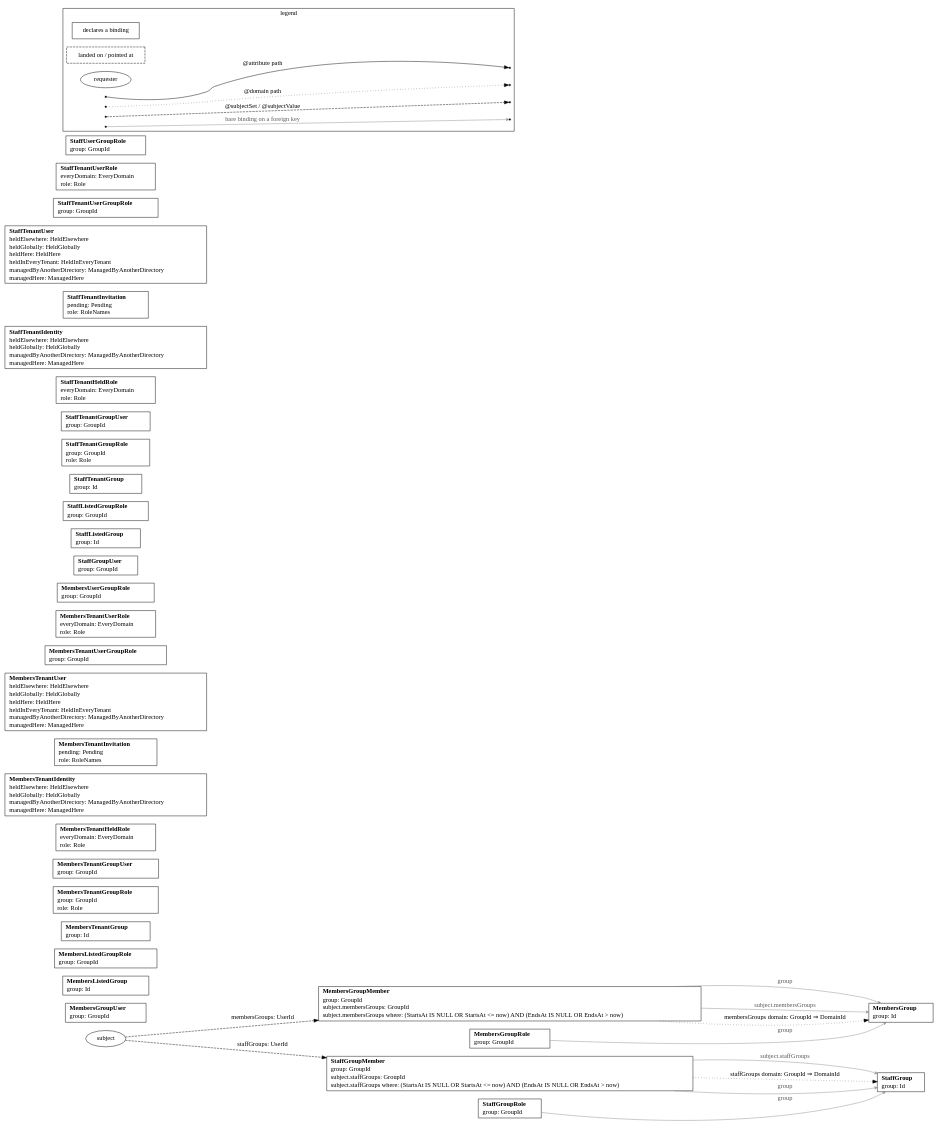
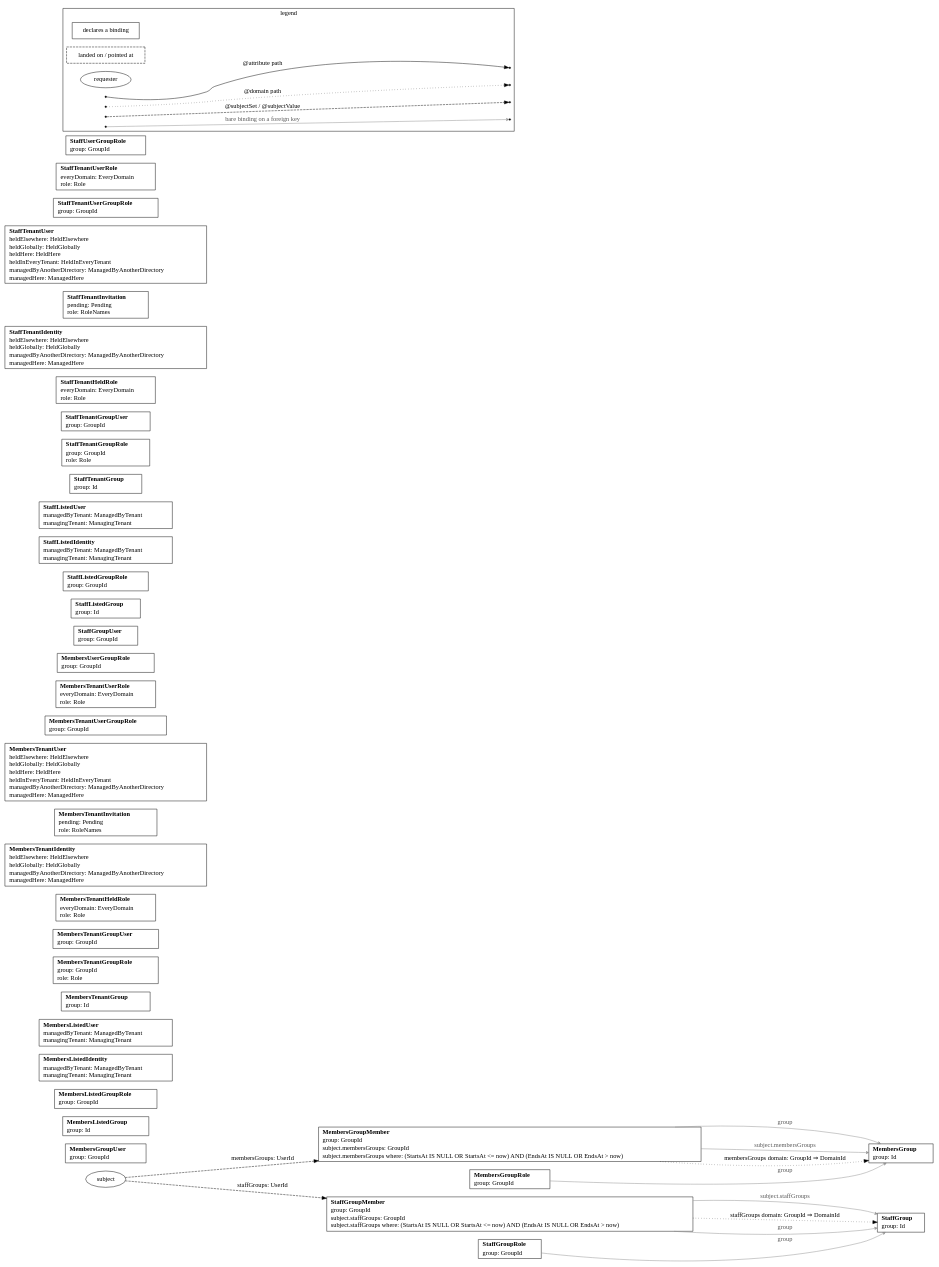
The diagram in cmd/impulse/internal/skeleton/_candidates/outlets/pkg/resources/zz_gen_bindings.dot (impulseframework/impulse), drawn with Graphviz before and after one commit. The commit also changed 106 other files, not shown here.

```diff
--- a/cmd/impulse/internal/skeleton/_candidates/outlets/pkg/resources/zz_gen_bindings.dot
+++ b/cmd/impulse/internal/skeleton/_candidates/outlets/pkg/resources/zz_gen_bindings.dot
@@ -1,83 +1,87 @@
 // Code generated by resourcegeneration. DO NOT EDIT.
 // Bindings: every attribute and subject binding this package declares. A box per
 // declaring resource lists its bare bindings as `name: column`; dashed boxes are
 // the tables a path lands on or a foreign key points at; the subject ellipse is
 // the requester, entering each anchor once with every name it yields there. One
 // edge per hop, drawn once however many paths share it: solid for @attribute,
 // dotted for @domain, dashed for a subject binding, labeled `name: column` on a
 // continuing hop and `name: column ⇒ column` where the path terminates; a thin
 // gray edge points a bare binding on a foreign key at its table. Facts only: no
 // grant or condition is drawn.
 // A subject set that writes a who: or a where: part lists each under the set, in
 // the columns' names: who: says which rows are the requester's, where: which of
 // those rows count. A set that builds on another is a dashed edge from the
 // resource declaring that other set, labeled `name: column IN subject.other`.
 // A subject set that writes a domain: part says where its rows' tenant is found,
 // and in a request with a tenant the set holds that tenant's rows alone. The path
 // is drawn dotted, as @domain's is, under the set's name: `name domain: column` on
 // a continuing hop and `name domain: column ⇒ column` where it reads the tenant.
 digraph Bindings {
 	rankdir=LR;
 	node [shape=box];
 	"MembersGroup" [label=<<table border="0" cellborder="0" cellspacing="0" cellpadding="1"><tr><td align="left"><b>MembersGroup</b></td></tr><tr><td align="left">group: Id</td></tr></table>>];
 	"MembersGroupMember" [label=<<table border="0" cellborder="0" cellspacing="0" cellpadding="1"><tr><td align="left"><b>MembersGroupMember</b></td></tr><tr><td align="left">group: GroupId</td></tr><tr><td align="left">subject.membersGroups: GroupId</td></tr><tr><td align="left">subject.membersGroups where: (StartsAt IS NULL OR StartsAt &lt;= now) AND (EndsAt IS NULL OR EndsAt &gt; now)</td></tr></table>>];
 	"MembersGroupRole" [label=<<table border="0" cellborder="0" cellspacing="0" cellpadding="1"><tr><td align="left"><b>MembersGroupRole</b></td></tr><tr><td align="left">group: GroupId</td></tr></table>>];
 	"MembersGroupUser" [label=<<table border="0" cellborder="0" cellspacing="0" cellpadding="1"><tr><td align="left"><b>MembersGroupUser</b></td></tr><tr><td align="left">group: GroupId</td></tr></table>>];
 	"MembersListedGroup" [label=<<table border="0" cellborder="0" cellspacing="0" cellpadding="1"><tr><td align="left"><b>MembersListedGroup</b></td></tr><tr><td align="left">group: Id</td></tr></table>>];
 	"MembersListedGroupRole" [label=<<table border="0" cellborder="0" cellspacing="0" cellpadding="1"><tr><td align="left"><b>MembersListedGroupRole</b></td></tr><tr><td align="left">group: GroupId</td></tr></table>>];
+	"MembersListedIdentity" [label=<<table border="0" cellborder="0" cellspacing="0" cellpadding="1"><tr><td align="left"><b>MembersListedIdentity</b></td></tr><tr><td align="left">managedByTenant: ManagedByTenant</td></tr><tr><td align="left">managingTenant: ManagingTenant</td></tr></table>>];
+	"MembersListedUser" [label=<<table border="0" cellborder="0" cellspacing="0" cellpadding="1"><tr><td align="left"><b>MembersListedUser</b></td></tr><tr><td align="left">managedByTenant: ManagedByTenant</td></tr><tr><td align="left">managingTenant: ManagingTenant</td></tr></table>>];
 	"MembersTenantGroup" [label=<<table border="0" cellborder="0" cellspacing="0" cellpadding="1"><tr><td align="left"><b>MembersTenantGroup</b></td></tr><tr><td align="left">group: Id</td></tr></table>>];
 	"MembersTenantGroupRole" [label=<<table border="0" cellborder="0" cellspacing="0" cellpadding="1"><tr><td align="left"><b>MembersTenantGroupRole</b></td></tr><tr><td align="left">group: GroupId</td></tr><tr><td align="left">role: Role</td></tr></table>>];
 	"MembersTenantGroupUser" [label=<<table border="0" cellborder="0" cellspacing="0" cellpadding="1"><tr><td align="left"><b>MembersTenantGroupUser</b></td></tr><tr><td align="left">group: GroupId</td></tr></table>>];
 	"MembersTenantHeldRole" [label=<<table border="0" cellborder="0" cellspacing="0" cellpadding="1"><tr><td align="left"><b>MembersTenantHeldRole</b></td></tr><tr><td align="left">everyDomain: EveryDomain</td></tr><tr><td align="left">role: Role</td></tr></table>>];
 	"MembersTenantIdentity" [label=<<table border="0" cellborder="0" cellspacing="0" cellpadding="1"><tr><td align="left"><b>MembersTenantIdentity</b></td></tr><tr><td align="left">heldElsewhere: HeldElsewhere</td></tr><tr><td align="left">heldGlobally: HeldGlobally</td></tr><tr><td align="left">managedByAnotherDirectory: ManagedByAnotherDirectory</td></tr><tr><td align="left">managedHere: ManagedHere</td></tr></table>>];
 	"MembersTenantInvitation" [label=<<table border="0" cellborder="0" cellspacing="0" cellpadding="1"><tr><td align="left"><b>MembersTenantInvitation</b></td></tr><tr><td align="left">pending: Pending</td></tr><tr><td align="left">role: RoleNames</td></tr></table>>];
 	"MembersTenantUser" [label=<<table border="0" cellborder="0" cellspacing="0" cellpadding="1"><tr><td align="left"><b>MembersTenantUser</b></td></tr><tr><td align="left">heldElsewhere: HeldElsewhere</td></tr><tr><td align="left">heldGlobally: HeldGlobally</td></tr><tr><td align="left">heldHere: HeldHere</td></tr><tr><td align="left">heldInEveryTenant: HeldInEveryTenant</td></tr><tr><td align="left">managedByAnotherDirectory: ManagedByAnotherDirectory</td></tr><tr><td align="left">managedHere: ManagedHere</td></tr></table>>];
 	"MembersTenantUserGroupRole" [label=<<table border="0" cellborder="0" cellspacing="0" cellpadding="1"><tr><td align="left"><b>MembersTenantUserGroupRole</b></td></tr><tr><td align="left">group: GroupId</td></tr></table>>];
 	"MembersTenantUserRole" [label=<<table border="0" cellborder="0" cellspacing="0" cellpadding="1"><tr><td align="left"><b>MembersTenantUserRole</b></td></tr><tr><td align="left">everyDomain: EveryDomain</td></tr><tr><td align="left">role: Role</td></tr></table>>];
 	"MembersUserGroupRole" [label=<<table border="0" cellborder="0" cellspacing="0" cellpadding="1"><tr><td align="left"><b>MembersUserGroupRole</b></td></tr><tr><td align="left">group: GroupId</td></tr></table>>];
 	"StaffGroup" [label=<<table border="0" cellborder="0" cellspacing="0" cellpadding="1"><tr><td align="left"><b>StaffGroup</b></td></tr><tr><td align="left">group: Id</td></tr></table>>];
 	"StaffGroupMember" [label=<<table border="0" cellborder="0" cellspacing="0" cellpadding="1"><tr><td align="left"><b>StaffGroupMember</b></td></tr><tr><td align="left">group: GroupId</td></tr><tr><td align="left">subject.staffGroups: GroupId</td></tr><tr><td align="left">subject.staffGroups where: (StartsAt IS NULL OR StartsAt &lt;= now) AND (EndsAt IS NULL OR EndsAt &gt; now)</td></tr></table>>];
 	"StaffGroupRole" [label=<<table border="0" cellborder="0" cellspacing="0" cellpadding="1"><tr><td align="left"><b>StaffGroupRole</b></td></tr><tr><td align="left">group: GroupId</td></tr></table>>];
 	"StaffGroupUser" [label=<<table border="0" cellborder="0" cellspacing="0" cellpadding="1"><tr><td align="left"><b>StaffGroupUser</b></td></tr><tr><td align="left">group: GroupId</td></tr></table>>];
 	"StaffListedGroup" [label=<<table border="0" cellborder="0" cellspacing="0" cellpadding="1"><tr><td align="left"><b>StaffListedGroup</b></td></tr><tr><td align="left">group: Id</td></tr></table>>];
 	"StaffListedGroupRole" [label=<<table border="0" cellborder="0" cellspacing="0" cellpadding="1"><tr><td align="left"><b>StaffListedGroupRole</b></td></tr><tr><td align="left">group: GroupId</td></tr></table>>];
+	"StaffListedIdentity" [label=<<table border="0" cellborder="0" cellspacing="0" cellpadding="1"><tr><td align="left"><b>StaffListedIdentity</b></td></tr><tr><td align="left">managedByTenant: ManagedByTenant</td></tr><tr><td align="left">managingTenant: ManagingTenant</td></tr></table>>];
+	"StaffListedUser" [label=<<table border="0" cellborder="0" cellspacing="0" cellpadding="1"><tr><td align="left"><b>StaffListedUser</b></td></tr><tr><td align="left">managedByTenant: ManagedByTenant</td></tr><tr><td align="left">managingTenant: ManagingTenant</td></tr></table>>];
 	"StaffTenantGroup" [label=<<table border="0" cellborder="0" cellspacing="0" cellpadding="1"><tr><td align="left"><b>StaffTenantGroup</b></td></tr><tr><td align="left">group: Id</td></tr></table>>];
 	"StaffTenantGroupRole" [label=<<table border="0" cellborder="0" cellspacing="0" cellpadding="1"><tr><td align="left"><b>StaffTenantGroupRole</b></td></tr><tr><td align="left">group: GroupId</td></tr><tr><td align="left">role: Role</td></tr></table>>];
 	"StaffTenantGroupUser" [label=<<table border="0" cellborder="0" cellspacing="0" cellpadding="1"><tr><td align="left"><b>StaffTenantGroupUser</b></td></tr><tr><td align="left">group: GroupId</td></tr></table>>];
 	"StaffTenantHeldRole" [label=<<table border="0" cellborder="0" cellspacing="0" cellpadding="1"><tr><td align="left"><b>StaffTenantHeldRole</b></td></tr><tr><td align="left">everyDomain: EveryDomain</td></tr><tr><td align="left">role: Role</td></tr></table>>];
 	"StaffTenantIdentity" [label=<<table border="0" cellborder="0" cellspacing="0" cellpadding="1"><tr><td align="left"><b>StaffTenantIdentity</b></td></tr><tr><td align="left">heldElsewhere: HeldElsewhere</td></tr><tr><td align="left">heldGlobally: HeldGlobally</td></tr><tr><td align="left">managedByAnotherDirectory: ManagedByAnotherDirectory</td></tr><tr><td align="left">managedHere: ManagedHere</td></tr></table>>];
 	"StaffTenantInvitation" [label=<<table border="0" cellborder="0" cellspacing="0" cellpadding="1"><tr><td align="left"><b>StaffTenantInvitation</b></td></tr><tr><td align="left">pending: Pending</td></tr><tr><td align="left">role: RoleNames</td></tr></table>>];
 	"StaffTenantUser" [label=<<table border="0" cellborder="0" cellspacing="0" cellpadding="1"><tr><td align="left"><b>StaffTenantUser</b></td></tr><tr><td align="left">heldElsewhere: HeldElsewhere</td></tr><tr><td align="left">heldGlobally: HeldGlobally</td></tr><tr><td align="left">heldHere: HeldHere</td></tr><tr><td align="left">heldInEveryTenant: HeldInEveryTenant</td></tr><tr><td align="left">managedByAnotherDirectory: ManagedByAnotherDirectory</td></tr><tr><td align="left">managedHere: ManagedHere</td></tr></table>>];
 	"StaffTenantUserGroupRole" [label=<<table border="0" cellborder="0" cellspacing="0" cellpadding="1"><tr><td align="left"><b>StaffTenantUserGroupRole</b></td></tr><tr><td align="left">group: GroupId</td></tr></table>>];
 	"StaffTenantUserRole" [label=<<table border="0" cellborder="0" cellspacing="0" cellpadding="1"><tr><td align="left"><b>StaffTenantUserRole</b></td></tr><tr><td align="left">everyDomain: EveryDomain</td></tr><tr><td align="left">role: Role</td></tr></table>>];
 	"StaffUserGroupRole" [label=<<table border="0" cellborder="0" cellspacing="0" cellpadding="1"><tr><td align="left"><b>StaffUserGroupRole</b></td></tr><tr><td align="left">group: GroupId</td></tr></table>>];
 	"subject" [shape=ellipse];
 	"MembersGroupMember" -> "MembersGroup" [style=dotted, label="membersGroups domain: GroupId ⇒ DomainId"];
 	"StaffGroupMember" -> "StaffGroup" [style=dotted, label="staffGroups domain: GroupId ⇒ DomainId"];
 	"subject" -> "MembersGroupMember" [style=dashed, label="membersGroups: UserId"];
 	"subject" -> "StaffGroupMember" [style=dashed, label="staffGroups: UserId"];
 	"MembersGroupMember" -> "MembersGroup" [color=gray55, fontcolor=gray35, arrowhead=vee, arrowsize=0.6, label="group"];
 	"MembersGroupMember" -> "MembersGroup" [color=gray55, fontcolor=gray35, arrowhead=vee, arrowsize=0.6, label="subject.membersGroups"];
 	"MembersGroupRole" -> "MembersGroup" [color=gray55, fontcolor=gray35, arrowhead=vee, arrowsize=0.6, label="group"];
 	"StaffGroupMember" -> "StaffGroup" [color=gray55, fontcolor=gray35, arrowhead=vee, arrowsize=0.6, label="group"];
 	"StaffGroupMember" -> "StaffGroup" [color=gray55, fontcolor=gray35, arrowhead=vee, arrowsize=0.6, label="subject.staffGroups"];
 	"StaffGroupRole" -> "StaffGroup" [color=gray55, fontcolor=gray35, arrowhead=vee, arrowsize=0.6, label="group"];
 	subgraph cluster_legend {
 		label="legend";
 		"declares a binding" [shape=box];
 		"landed on / pointed at" [shape=box, style=dashed];
 		"requester" [shape=ellipse];
 		"legend:attribute" [shape=point];
 		"legend:attribute:to" [shape=point];
 		"legend:domain" [shape=point];
 		"legend:domain:to" [shape=point];
 		"legend:subject" [shape=point];
 		"legend:subject:to" [shape=point];
 		"legend:reference" [shape=point];
 		"legend:reference:to" [shape=point];
 		"legend:attribute" -> "legend:attribute:to" [label="@attribute path"];
 		"legend:domain" -> "legend:domain:to" [style=dotted, label="@domain path"];
 		"legend:subject" -> "legend:subject:to" [style=dashed, label="@subjectSet / @subjectValue"];
 		"legend:reference" -> "legend:reference:to" [color=gray55, fontcolor=gray35, arrowhead=vee, arrowsize=0.6, label="bare binding on a foreign key"];
 	}
 }
```
